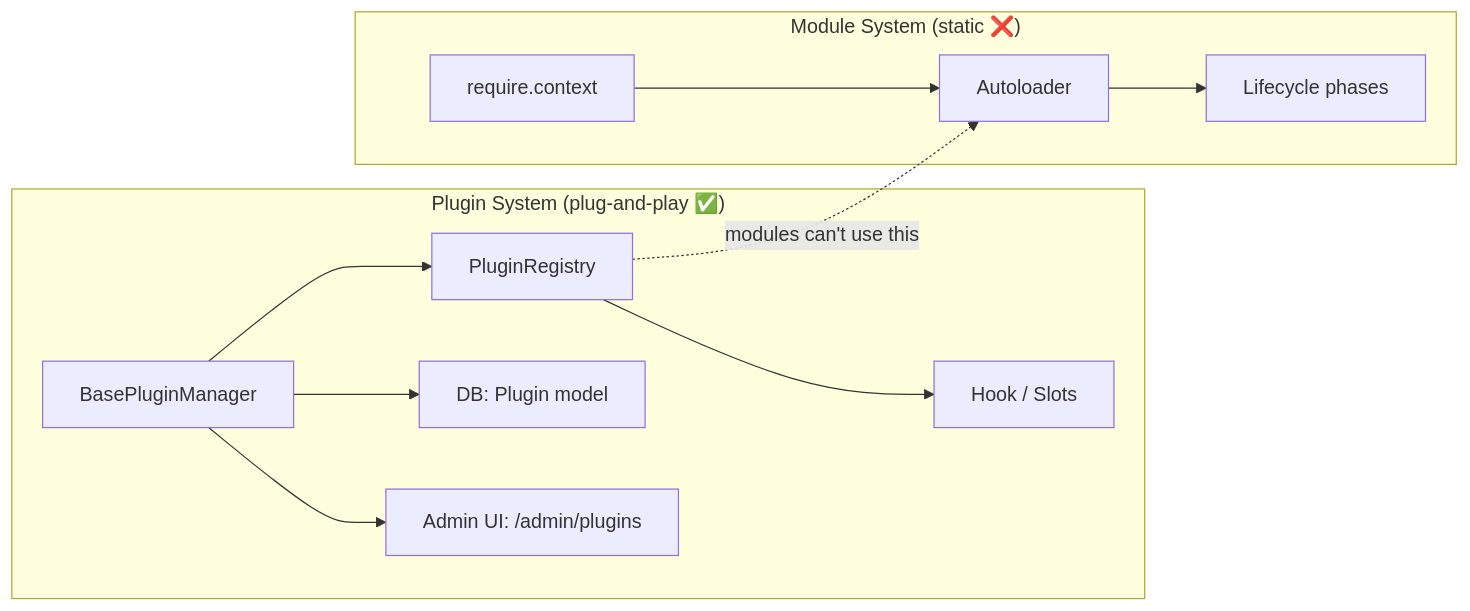
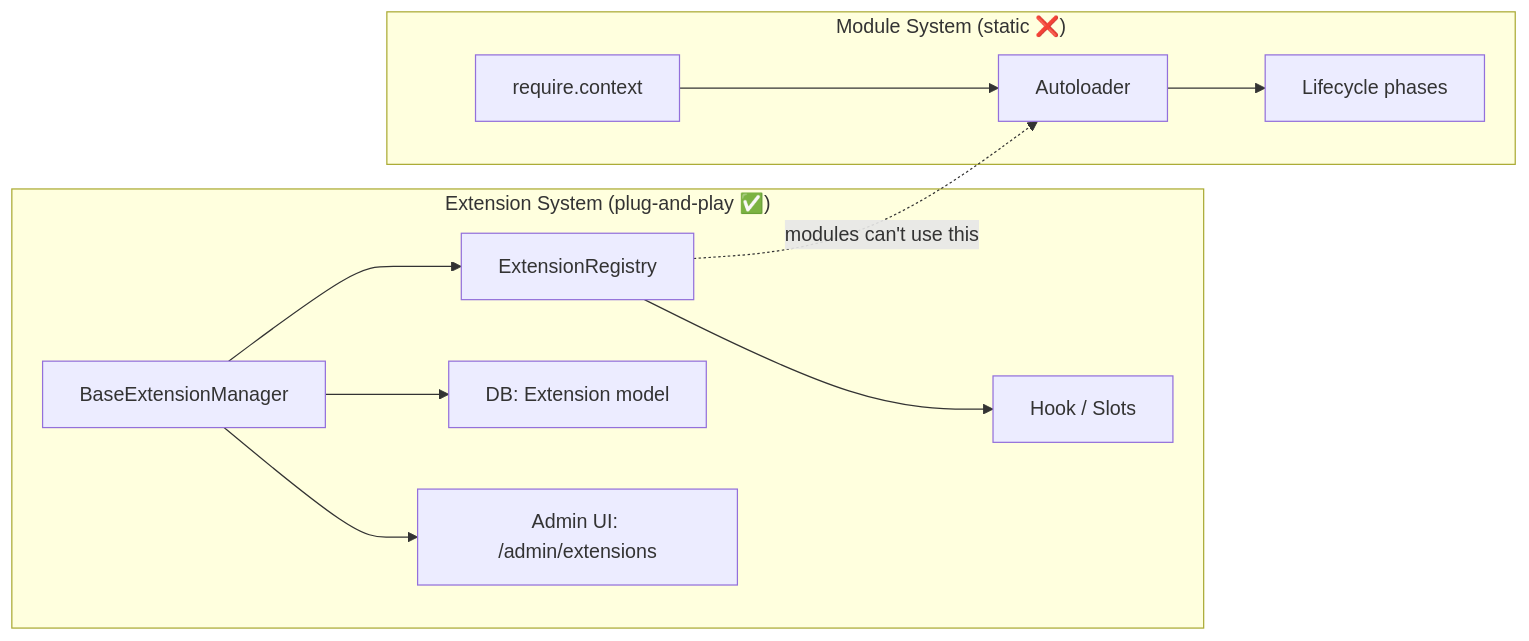
One commit to xuanhoa88/xnapify changed the first of 2 diagrams in module_plug_and_play_solution.md. Above: the diagram before and after it, drawn with Mermaid. The commit also changed other lines of this file and 151 other files, not shown here.

Commit message:
refactor: Migrate plugin architecture to extensions, update API routes and services, and add Jest configuration.

````diff
--- a/module_plug_and_play_solution.md
+++ b/module_plug_and_play_solution.md
@@ -13,16 +13,16 @@
 ```mermaid
 graph LR
-    subgraph "Plugin System (plug-and-play ✅)"
-        P1[BasePluginManager] --> P2[PluginRegistry]
+    subgraph "Extension System (plug-and-play ✅)"
+        P1[BaseExtensionManager] --> P2[ExtensionRegistry]
         P2 --> P3[Hook / Slots]
-        P1 --> P4[DB: Plugin model]
-        P1 --> P5[Admin UI: /admin/plugins]
+        P1 --> P4[DB: Extension model]
+        P1 --> P5[Admin UI: /admin/extensions]
     end
 
     subgraph "Module System (static ❌)"
         M1[require.context] --> M2[Autoloader]
         M2 --> M3["Lifecycle phases"]
     end
 
     P2 -.->|"modules can't use this"| M2
 ```
````
